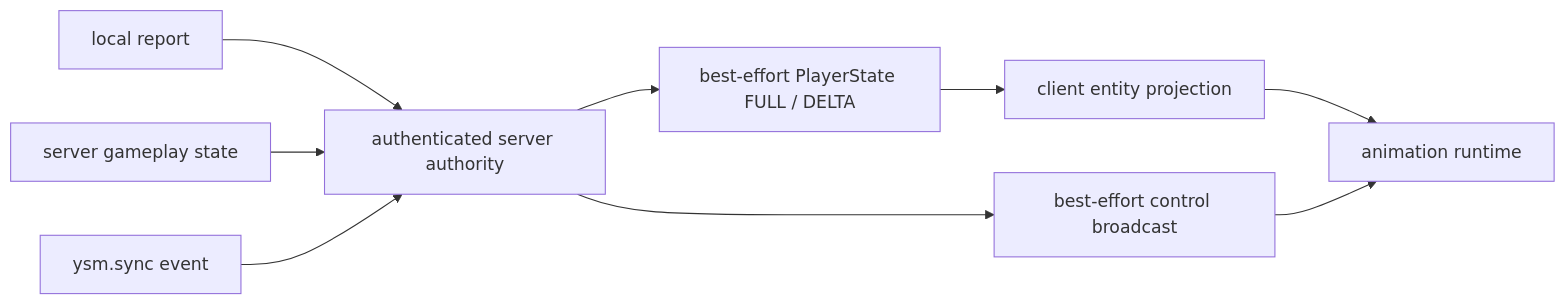
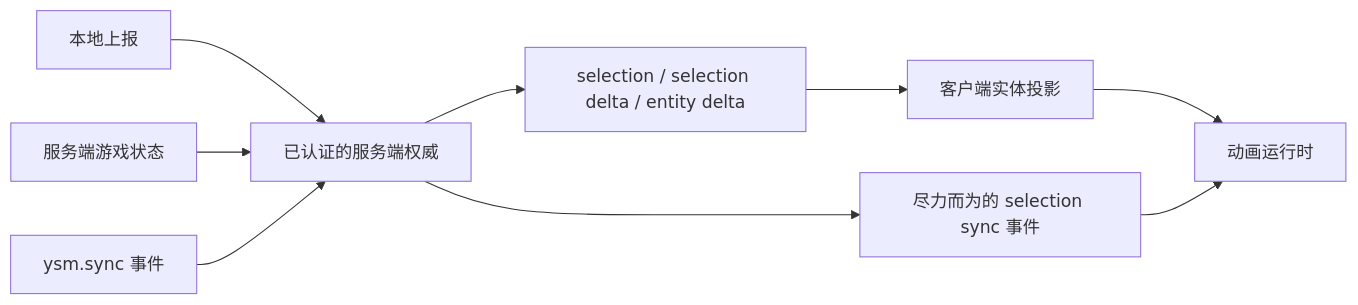
The diagram in docs/architecture/animation/implementation/state-inputs-and-sync.md (YesSteveModel/YesSteveModel), drawn with Mermaid before and after one commit. The commit also changed other lines of this file and 1109 other files, not shown here.

````diff
--- a/docs/architecture/animation/implementation/state-inputs-and-sync.md
+++ b/docs/architecture/animation/implementation/state-inputs-and-sync.md
@@ -22,11 +30,11 @@
 ```mermaid
 flowchart LR
-    Local["local report"] --> Server["authenticated server authority"]
-    Game["server gameplay state"] --> Server
-    Server --> Update["best-effort PlayerState FULL / DELTA"]
-    Update --> Client["client entity projection"]
-    Client --> Runtime["animation runtime"]
-    Sync["ysm.sync event"] --> Server
-    Server --> Event["best-effort control broadcast"]
+    Local["本地上报"] --> Server["已认证的服务端权威"]
+    Game["服务端游戏状态"] --> Server
+    Server --> Update["selection / selection delta / entity delta"]
+    Update --> Client["客户端实体投影"]
+    Client --> Runtime["动画运行时"]
+    Sync["ysm.sync 事件"] --> Server
+    Server --> Event["尽力而为的 selection sync 事件"]
     Event --> Runtime
 ```
````
